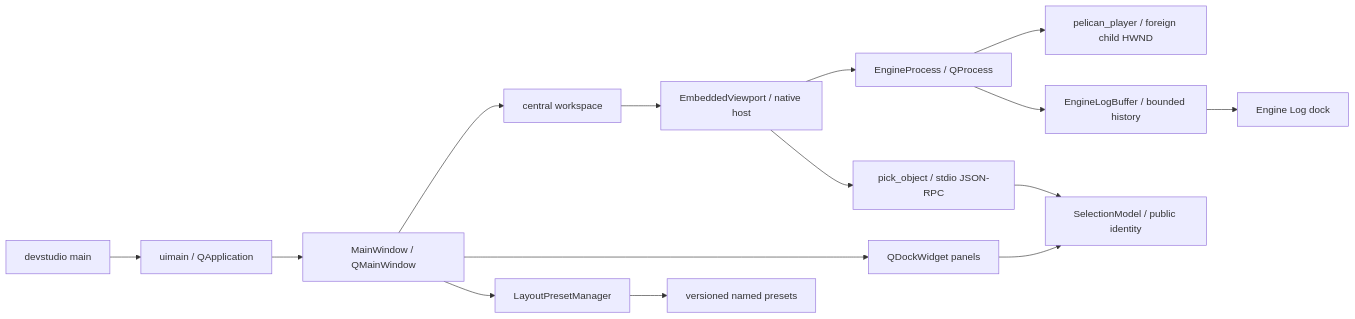
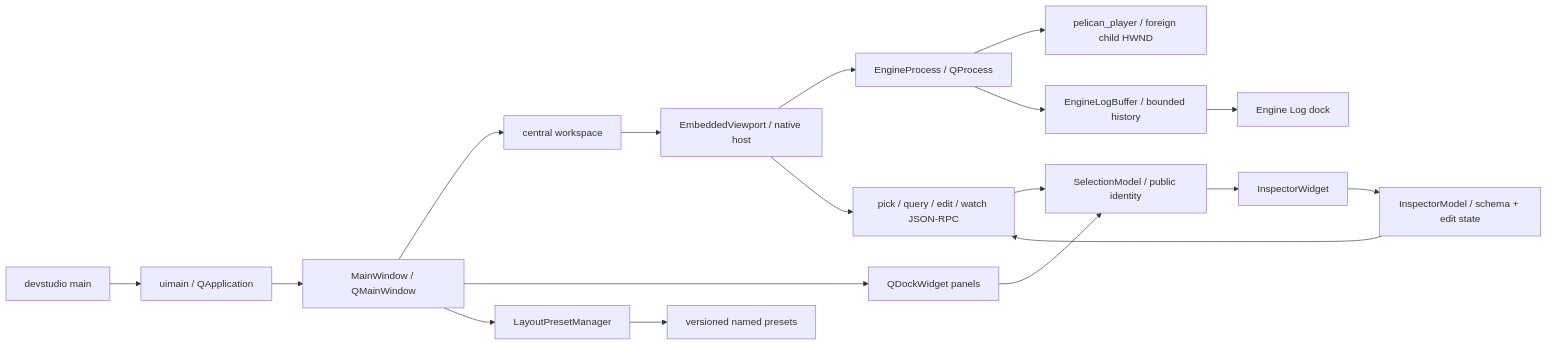
One commit to pelican-games/peligraph changed the diagram in docs/source-code-guide/07_tools_rpc_tests.md. Above: the diagram before and after it, drawn with Mermaid. The commit also changed other lines of this file and 14 other files, not shown here.

First line of the commit message:
feat(devstudio): edit component properties in the inspector

````diff
--- a/docs/source-code-guide/07_tools_rpc_tests.md
+++ b/docs/source-code-guide/07_tools_rpc_tests.md
@@ -176,17 +176,20 @@
 ```mermaid
 flowchart LR
     Main["devstudio main"] --> UI["uimain / QApplication"]
     UI --> Window["MainWindow / QMainWindow"]
     Window --> Workspace["central workspace"]
     Workspace --> Viewport["EmbeddedViewport / native host"]
     Viewport --> Process["EngineProcess / QProcess"]
     Process --> Player["pelican_player / foreign child HWND"]
-    Viewport --> Rpc["pick_object / stdio JSON-RPC"]
+    Viewport --> Rpc["pick / query / edit / watch JSON-RPC"]
     Rpc --> Selection["SelectionModel / public identity"]
     Docks --> Selection
+    Selection --> Inspector["InspectorWidget"]
+    Inspector --> InspectorModel["InspectorModel / schema + edit state"]
+    InspectorModel --> Rpc
     Process --> LogBuffer["EngineLogBuffer / bounded history"]
     LogBuffer --> LogDock["Engine Log dock"]
     Window --> Docks["QDockWidget panels"]
     Window --> Layout["LayoutPresetManager"]
     Layout --> Files["versioned named presets"]
 ```
````
